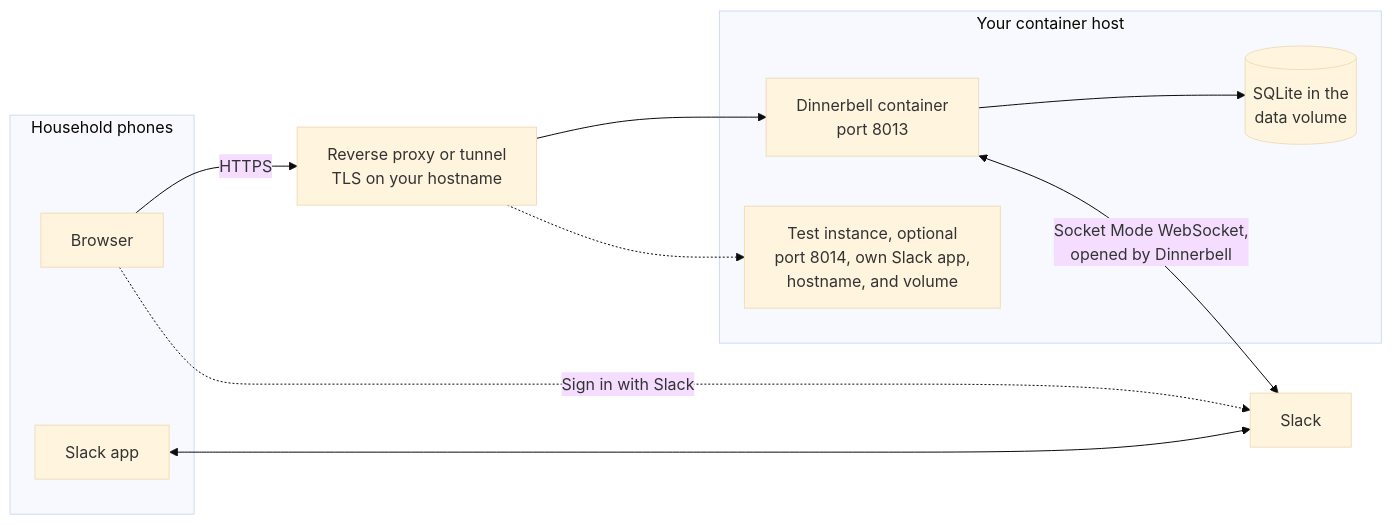
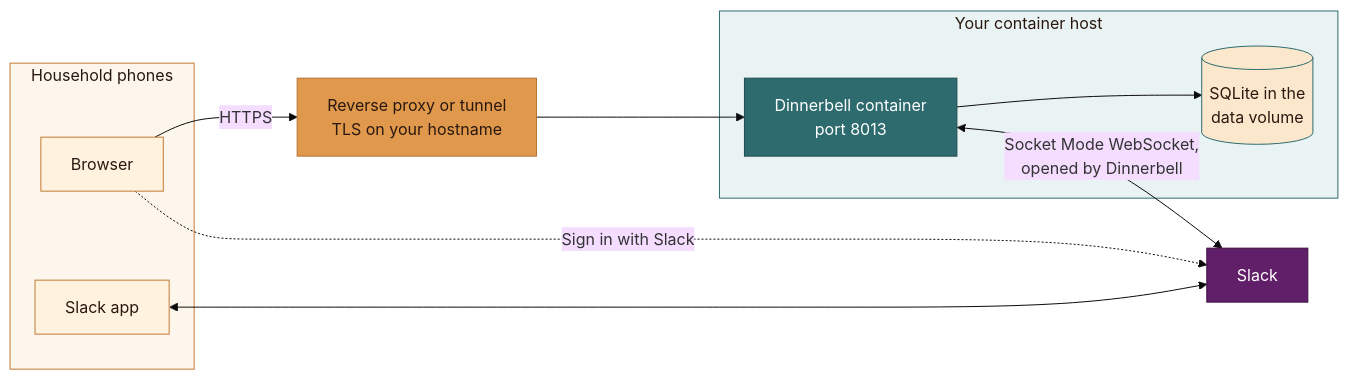
Before and after one commit to dsmorgan/dinnerbell: the diagram in README.md, drawn with Mermaid (base theme).

Commit message:
README: drop the test instance from the diagram and color it

````diff
--- a/README.md
+++ b/README.md
@@ -11,24 +11,35 @@
 ```mermaid
 flowchart LR
     subgraph phones["Household phones"]
         slackapp["Slack app"]
         browser["Browser"]
     end
 
     slack["Slack"]
     proxy["Reverse proxy or tunnel<br/>TLS on your hostname"]
 
     subgraph host["Your container host"]
         app["Dinnerbell container<br/>port 8013"]
         db[("SQLite in the<br/>data volume")]
-        test["Test instance, optional<br/>port 8014, own Slack app,<br/>hostname, and volume"]
     end
 
     slackapp <--> slack
     app <-->|"Socket Mode WebSocket,<br/>opened by Dinnerbell"| slack
     browser -->|"HTTPS"| proxy
     browser -.->|"Sign in with Slack"| slack
     proxy --> app
-    proxy -.-> test
     app --> db
+
+    classDef device fill:#FFF3E0,stroke:#C27A34,color:#2A1810
+    classDef slackc fill:#611F69,stroke:#3F0E40,color:#FFFFFF
+    classDef proxyc fill:#E0994C,stroke:#B9712F,color:#2A1810
+    classDef appc fill:#2E6B6F,stroke:#1F4A4D,color:#FFFFFF
+    classDef dbc fill:#FBE8CC,stroke:#2E6B6F,color:#2A1810
+    class slackapp,browser device
+    class slack slackc
+    class proxy proxyc
+    class app appc
+    class db dbc
+    style phones fill:#FDF6EC,stroke:#C27A34,color:#2A1810
+    style host fill:#EAF3F3,stroke:#2E6B6F,color:#2A1810
 ```
````
